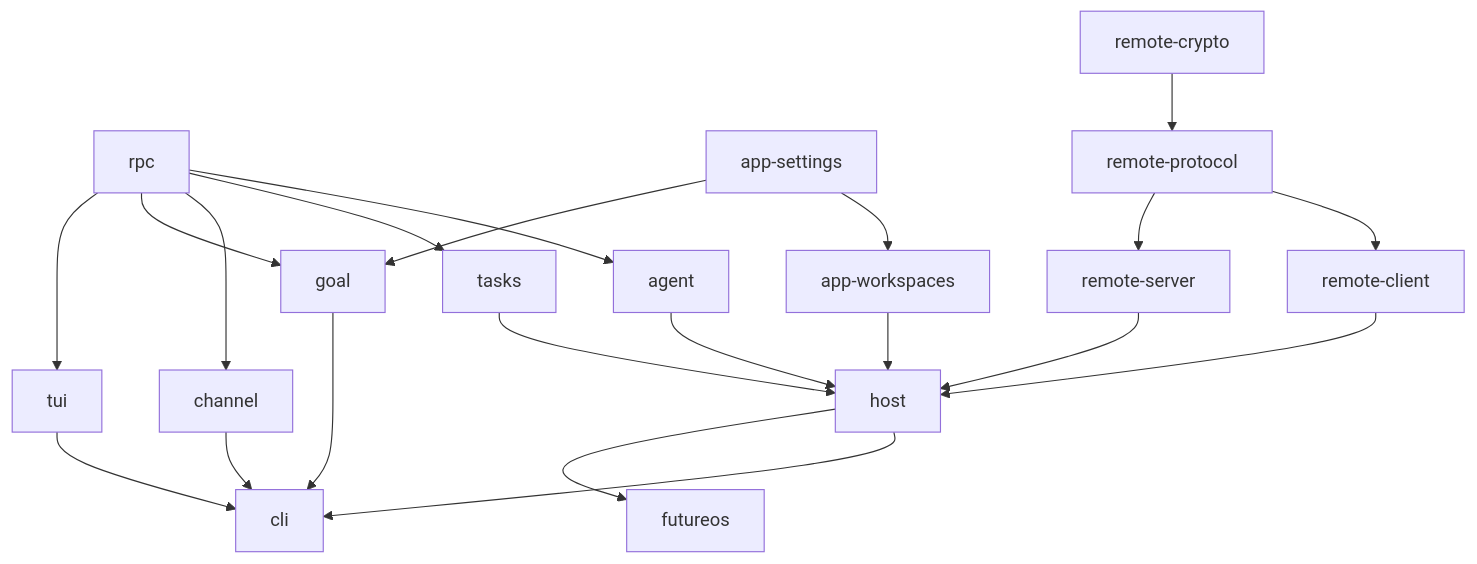
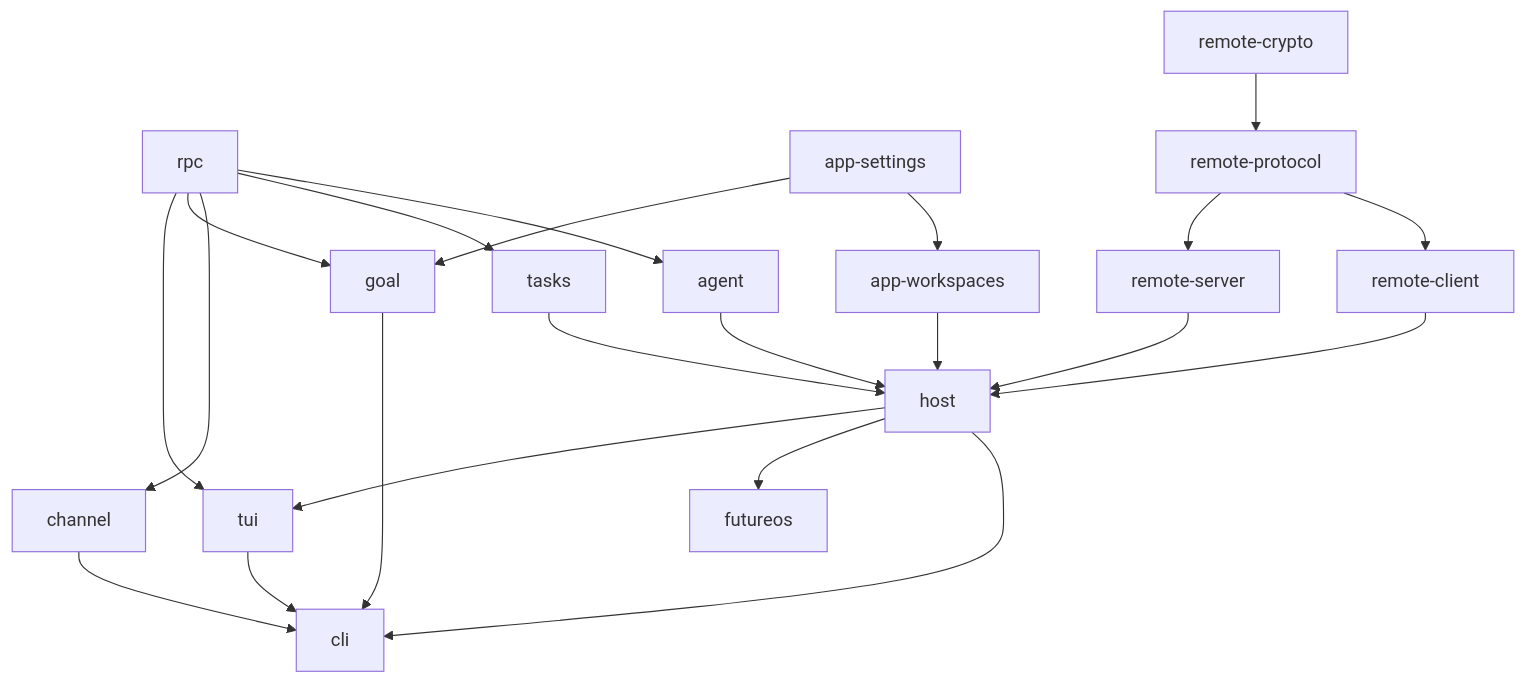
Before and after one commit to futuregene/future-os: the first of 2 diagrams in docs/guide/ci.md, drawn with Mermaid. The commit also changed other lines of this file and 93 other files, not shown here.

````diff
--- a/docs/guide/ci.md
+++ b/docs/guide/ci.md
@@ -96,27 +96,28 @@
 ```mermaid
 flowchart TD
     rpc["rpc"] --> agent["agent"]
     rpc --> tasks["tasks"]
     rpc --> channel["channel"]
     rpc --> goal["goal"]
     rpc --> tui["tui"]
 
     settings["app-settings"] --> workspaces["app-workspaces"]
     settings --> goal
 
     crypto["remote-crypto"] --> protocol["remote-protocol"]
     protocol --> client["remote-client"]
     protocol --> server["remote-server"]
 
     agent --> host["host"]
     tasks --> host
     workspaces --> host
     client --> host
     server --> host
 
     host --> cli["cli"]
     host --> desktop["futureos"]
+    host --> tui
     channel --> cli
     goal --> cli
     tui --> cli
 ```
````
